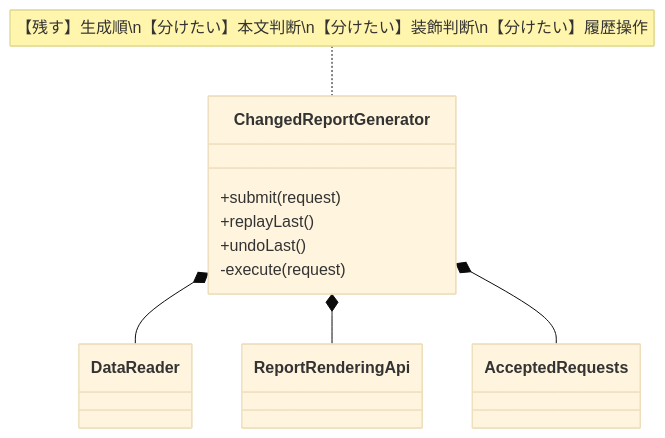
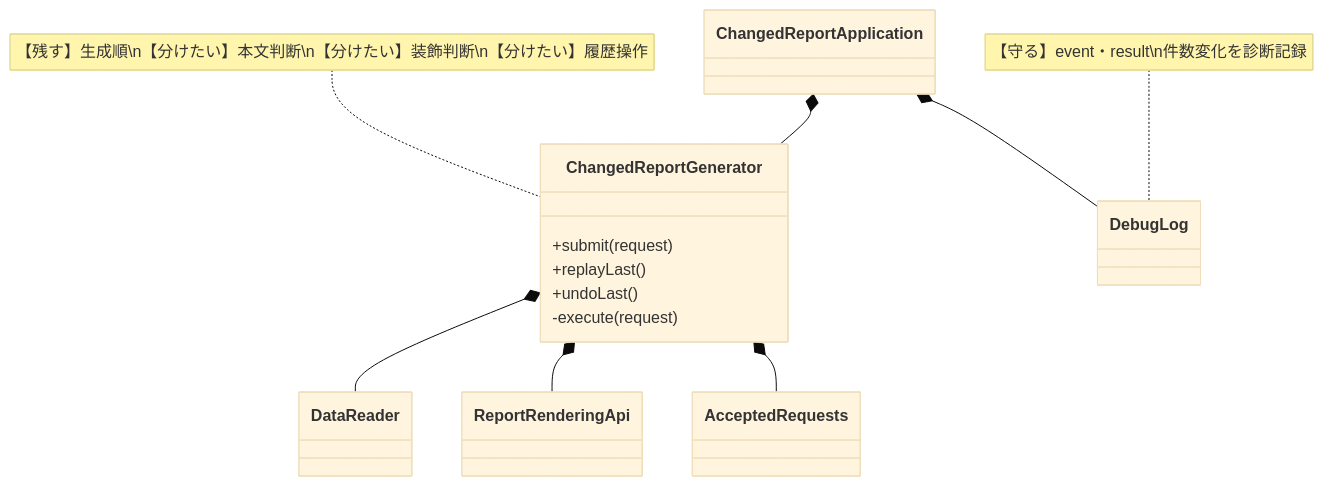
The fifth of 15 diagrams in kindle/design-patterns/output/chapter11.md (kumachan1101-pixel/DesignPattern), drawn with Mermaid (base theme) before and after one commit. The commit also changed other lines of this file and 7 other files, not shown here.

````diff
--- a/kindle/design-patterns/output/chapter11.md
+++ b/kindle/design-patterns/output/chapter11.md
@@ -891,22 +991,29 @@
 ```mermaid
 classDiagram
     direction TB
     class ChangedReportGenerator {
         +submit(request)
         +replayLast()
         +undoLast()
         -execute(request)
     }
+    class ChangedReportApplication
+    class DebugLog
     class DataReader
     class ReportRenderingApi
     class AcceptedRequests
 
+    ChangedReportApplication *-- ChangedReportGenerator
+    ChangedReportApplication *-- DebugLog
     ChangedReportGenerator *-- DataReader
     ChangedReportGenerator *-- ReportRenderingApi
     ChangedReportGenerator *-- AcceptedRequests
 
     note for ChangedReportGenerator "【残す】生成順\n【分けたい】本文判断\n【分けたい】装飾判断\n【分けたい】履歴操作"
+    note for DebugLog "【守る】event・result\n件数変化を診断記録"
 
     classDef focus fill:#FFF2CC,stroke:#D6B656,stroke-width:2px,color:#222
+    classDef stable fill:#DDEBF7,stroke:#5B9BD5,stroke-width:1.5px,color:#222
     cssClass "ChangedReportGenerator" focus
+    cssClass "DebugLog,DataReader,ReportRenderingApi" stable
 ```
````
